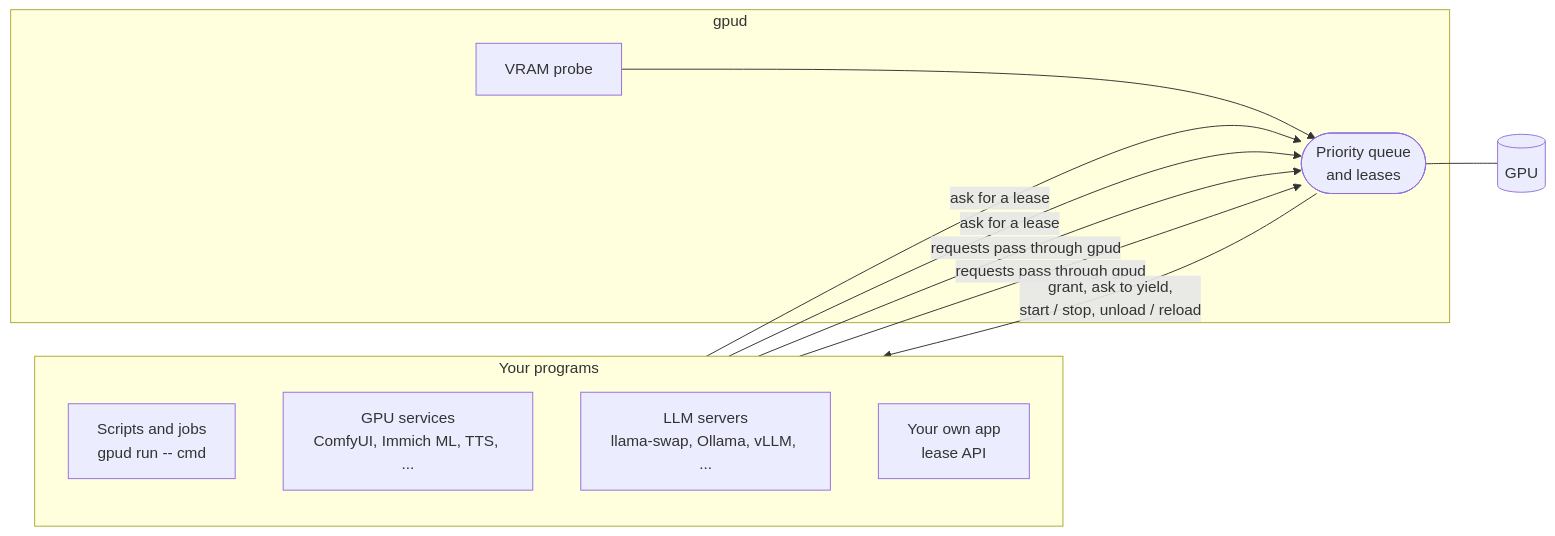
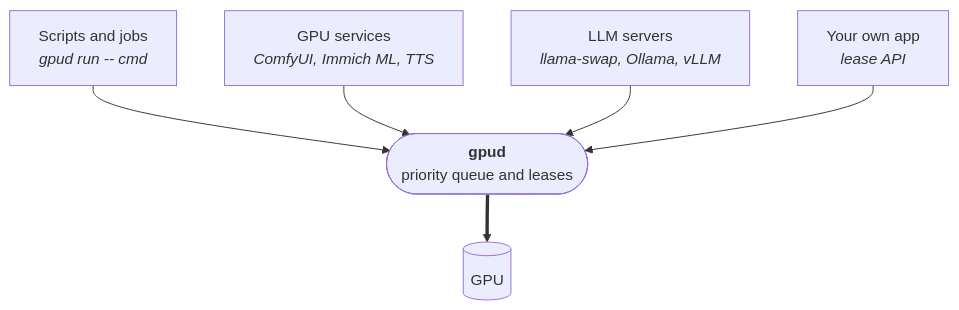
Before and after one commit to elektricM/gpuq: the diagram in README.md, drawn with Mermaid. The commit also changed other lines of this file, not shown here.

Commit message:
README: simpler architecture diagram

````diff
--- a/README.md
+++ b/README.md
@@ -16,23 +16,8 @@
 ```mermaid
-flowchart LR
-    subgraph programs["Your programs"]
-        direction TB
-        cmd["Scripts and jobs<br/>gpud run -- cmd"]
-        svc["GPU services<br/>ComfyUI, Immich ML, TTS, ..."]
-        llm["LLM servers<br/>llama-swap, Ollama, vLLM, ..."]
-        own["Your own app<br/>lease API"]
-    end
-
-    subgraph gpud["gpud"]
-        queue(["Priority queue<br/>and leases"])
-        probe["VRAM probe"]
-        probe --> queue
-    end
-
-    cmd -- "ask for a lease" --> queue
-    own -- "ask for a lease" --> queue
-    svc -- "requests pass through gpud" --> queue
-    llm -- "requests pass through gpud" --> queue
-    queue -- "grant, ask to yield,<br/>start / stop, unload / reload" --> programs
-    queue --- gpu[("GPU")]
+flowchart TB
+    cmd["Scripts and jobs<br/><i>gpud run -- cmd</i>"] --> queue
+    svc["GPU services<br/><i>ComfyUI, Immich ML, TTS</i>"] --> queue
+    llm["LLM servers<br/><i>llama-swap, Ollama, vLLM</i>"] --> queue
+    app["Your own app<br/><i>lease API</i>"] --> queue
+    queue(["<b>gpud</b><br/>priority queue and leases"]) ==> gpu[("GPU")]
 ```
````
